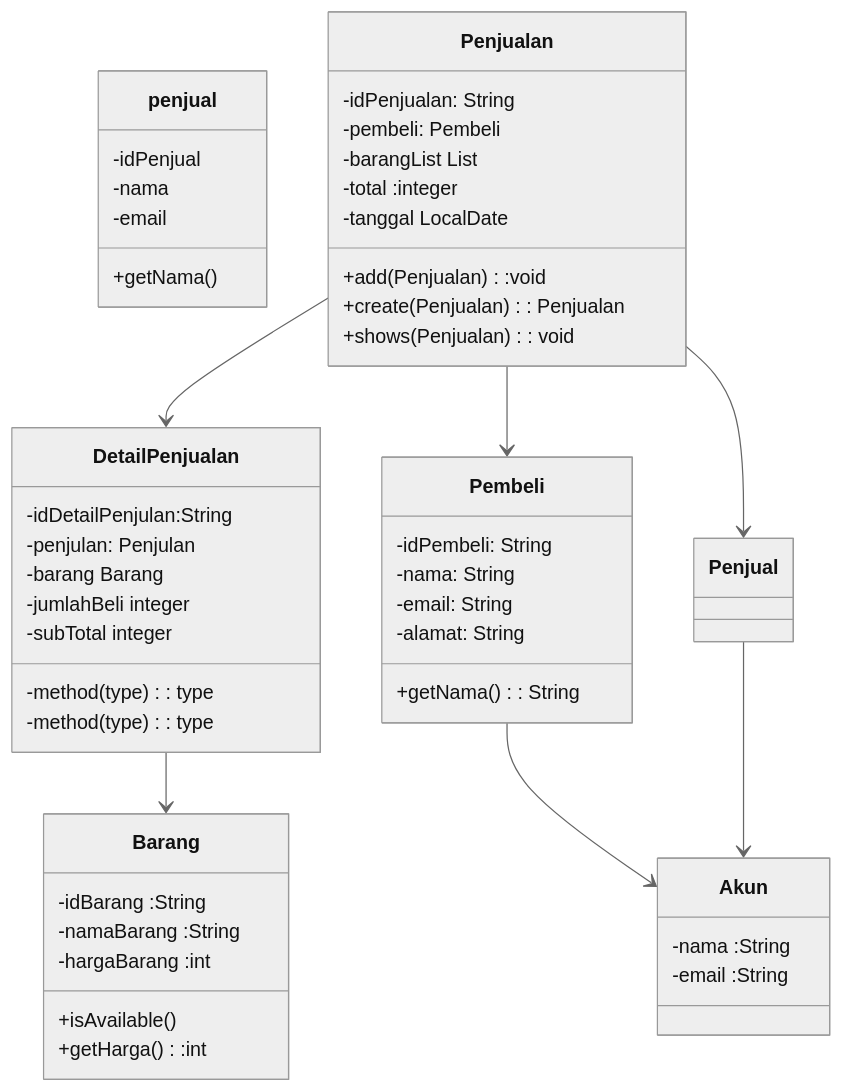
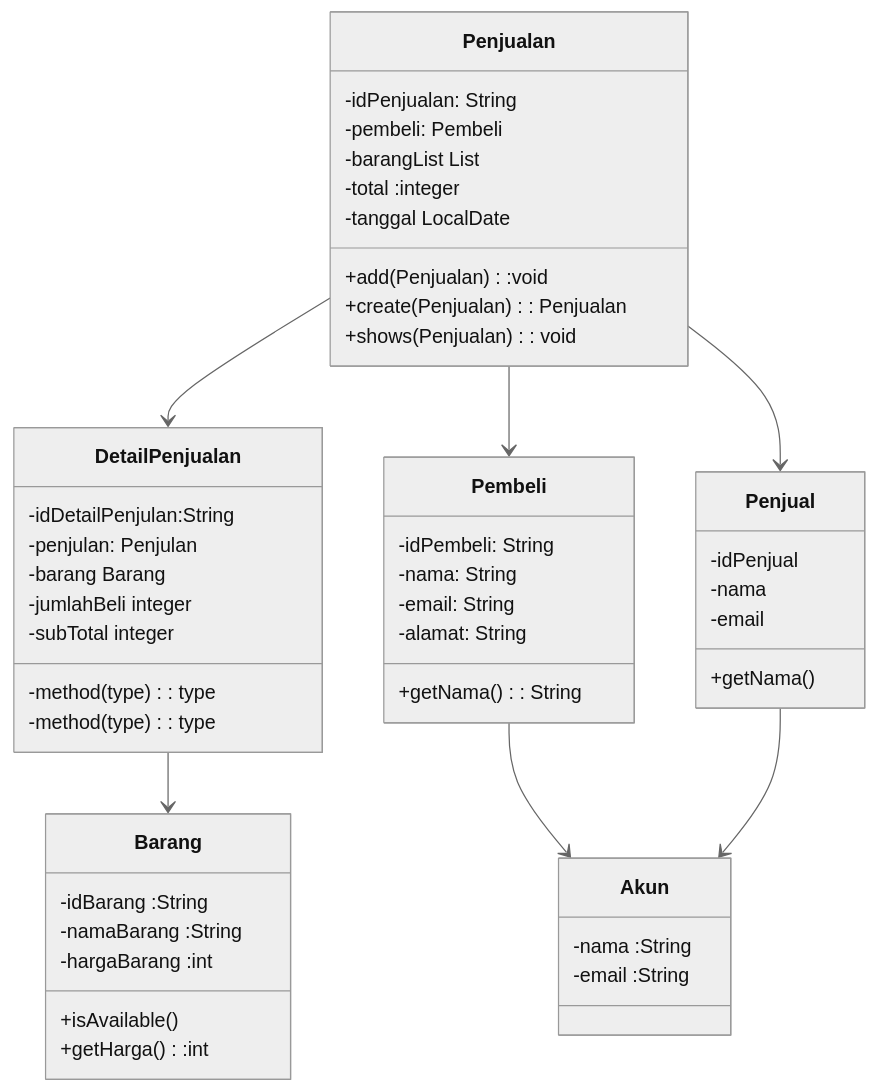
One commit to ikhsanhazamy/UAS-DASPRO changed the second of 2 diagrams in README.md. Above: the diagram before and after it, drawn with Mermaid (neutral theme).

````diff
--- a/README.md
+++ b/README.md
@@ -12,53 +12,53 @@
 ```mermaid
 classDiagram
     class Akun{
         -nama :String
         -email :String
     }
     class Barang{
         -idBarang :String
         -namaBarang :String
         -hargaBarang :int
         +isAvailable() 
         +getHarga():int
     }
     class Pembeli{
         -idPembeli: String 
         -nama: String 
         -email: String 
         -alamat: String 
         +getNama(): String
     }
 
-    class penjual{
+    class Penjual{
         -idPenjual
         -nama
         -email
         +getNama()
     }
     class Penjualan{
         -idPenjualan: String 
         -pembeli: Pembeli 
         -barangList List<Barang>  
         -total :integer  
         -tanggal LocalDate  
         +add(Penjualan):void   
         +create(Penjualan): Penjualan   
         +shows(Penjualan): void   
     }
     class DetailPenjualan{
         -idDetailPenjulan:String   
         -penjulan: Penjulan   
         -barang Barang    
         -jumlahBeli integer    
         -subTotal integer    
         -method(type): type    
         -method(type): type
     }
     Pembeli --> Akun
     Penjual --> Akun
     DetailPenjualan --> Barang
     Penjualan --> DetailPenjualan
     Penjualan --> Pembeli
     Penjualan --> Penjual
 ```
````
